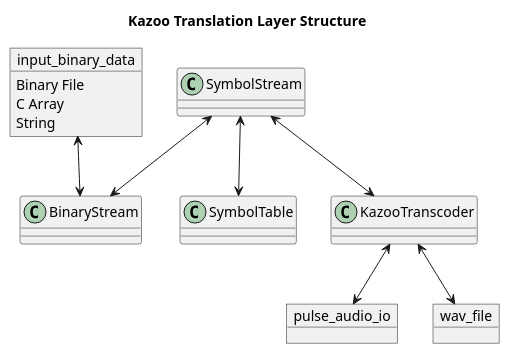
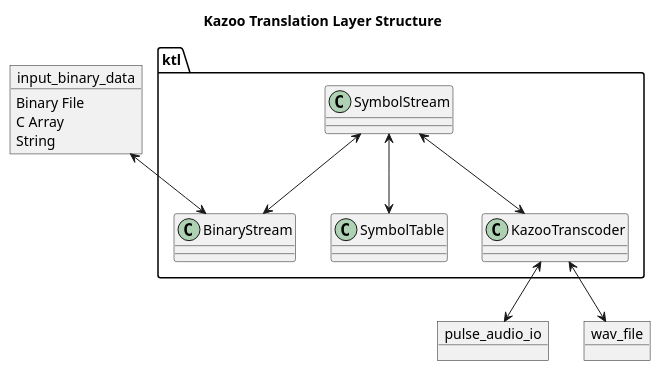
The diagram in doc/uml/ktl_structure.puml (joshua-jerred/kazooformation), drawn with PlantUML before and after one commit. The commit also changed 6 other files, not shown here.

Commit message:
transcoder encodes into audio channel

```diff
--- a/doc/uml/ktl_structure.puml
+++ b/doc/uml/ktl_structure.puml
@@ -1,25 +1,35 @@
 @startuml ktl_structure
 
 title Kazoo Translation Layer Structure
 
 object input_binary_data
 input_binary_data : Binary File
 input_binary_data : C Array
 input_binary_data : String
 
-class BinaryStream {}
-class SymbolStream {}
-class SymbolTable {}
-class KazooTranscoder {}
-
 object pulse_audio_io
 object wav_file
 
-input_binary_data <--> BinaryStream
-SymbolStream <--> BinaryStream
-SymbolStream <--> KazooTranscoder
-SymbolStream <--> SymbolTable
-KazooTranscoder <--> pulse_audio_io
-KazooTranscoder <--> wav_file
+package ktl {
+  class BinaryStream {}
+  class SymbolStream {}
+  class SymbolTable {}
+  class KazooTranscoder {}
+
+  ' interface SymbolModel {
+  '   +getSymbolValue(token) const
+  '   +getSymbolToken(value) const
+
+  '   -const map<token, value>
+  '   -const map<value, token>
+  ' }
+
+  input_binary_data <--> BinaryStream
+  SymbolStream <--> BinaryStream
+  SymbolStream <--> KazooTranscoder
+  SymbolStream <--> SymbolTable
+  KazooTranscoder <--> pulse_audio_io
+  KazooTranscoder <--> wav_file
+}
 
 @enduml
```
